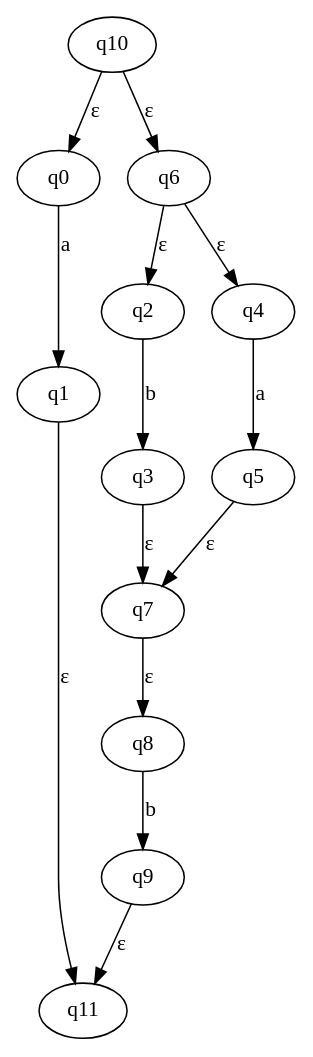
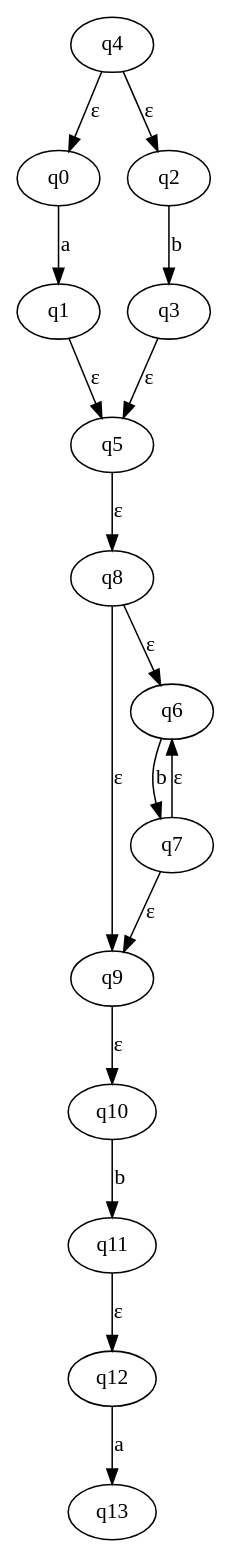
One commit to VictorRodriguez/Computational-Methods changed the diagram in Digraph.gv. Above: the diagram before and after it, drawn with Graphviz. The commit also changed 3 other files, not shown here.

```diff
--- a/Digraph.gv
+++ b/Digraph.gv
@@ -1,15 +1,18 @@
 digraph {
-	q10 -> q0 [label="ε"]
-	q10 -> q6 [label="ε"]
-	q1 -> q11 [label="ε"]
-	q9 -> q11 [label="ε"]
+	q9 -> q10 [label="ε"]
+	q5 -> q8 [label="ε"]
+	q4 -> q0 [label="ε"]
+	q4 -> q2 [label="ε"]
+	q1 -> q5 [label="ε"]
+	q3 -> q5 [label="ε"]
 	q0 -> q1 [label=a]
-	q7 -> q8 [label="ε"]
-	q6 -> q2 [label="ε"]
-	q6 -> q4 [label="ε"]
-	q3 -> q7 [label="ε"]
-	q5 -> q7 [label="ε"]
 	q2 -> q3 [label=b]
-	q4 -> q5 [label=a]
-	q8 -> q9 [label=b]
+	q8 -> q6 [label="ε"]
+	q8 -> q9 [label="ε"]
+	q7 -> q9 [label="ε"]
+	q7 -> q6 [label="ε"]
+	q6 -> q7 [label=b]
+	q11 -> q12 [label="ε"]
+	q10 -> q11 [label=b]
+	q12 -> q13 [label=a]
 }
```
